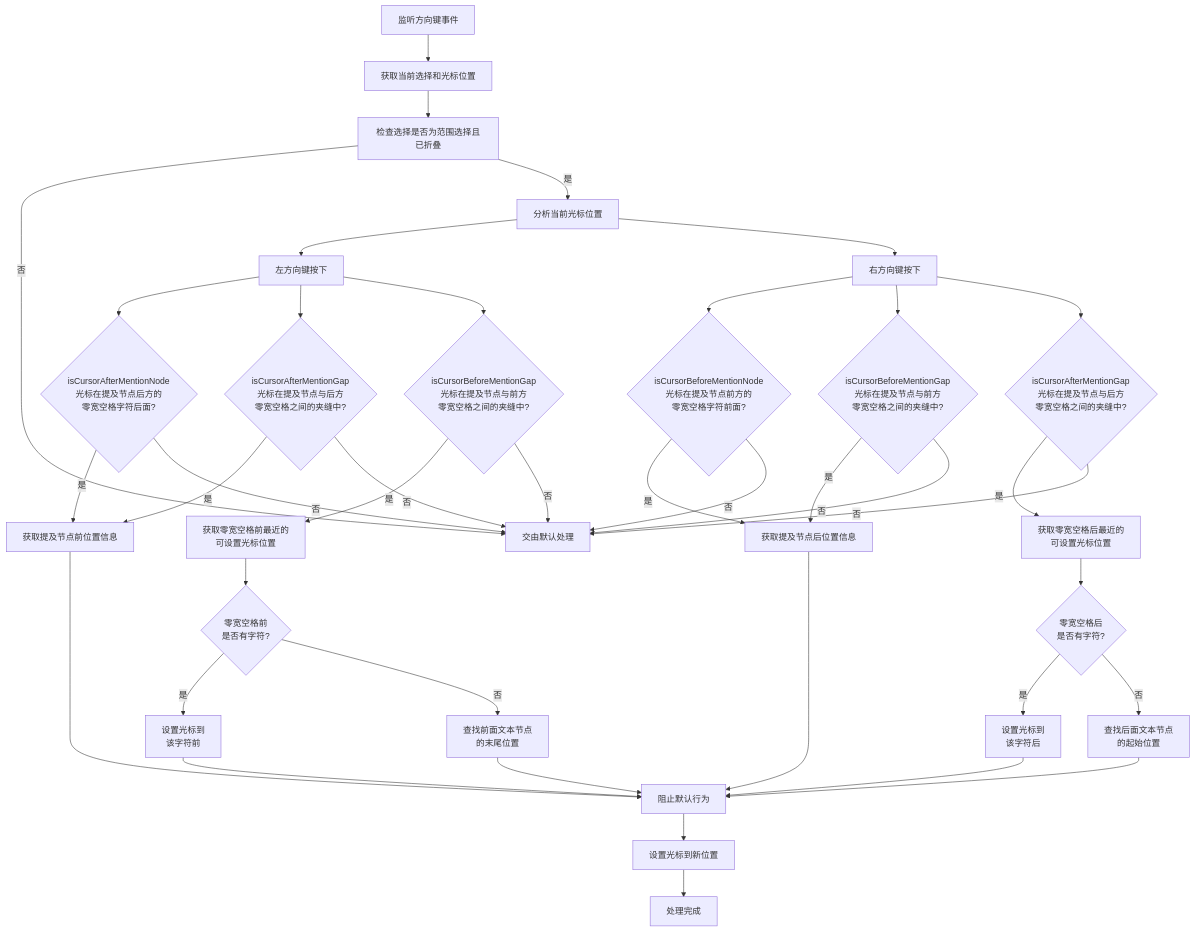
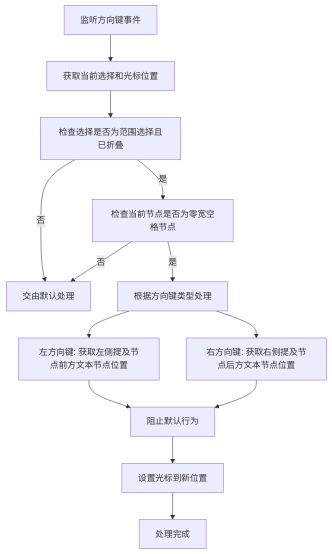
Before and after one commit to guixin-ai/guixin: the second of 2 diagrams in apps/client/src/components/chat-input/plugins/mention-navigation.plugin.md, drawn with Mermaid. The commit also changed other lines of this file and 2 other files, not shown here.

````diff
--- a/apps/client/src/components/chat-input/plugins/mention-navigation.plugin.md
+++ b/apps/client/src/components/chat-input/plugins/mention-navigation.plugin.md
@@ -42,56 +61,19 @@
 ```mermaid
 flowchart TD
     A[监听方向键事件] --> B[获取当前选择和光标位置]
     B --> C[检查选择是否为范围选择且已折叠]
     C -->|否| D[交由默认处理]
-    C -->|是| E[分析当前光标位置]
+    C -->|是| E[检查当前节点是否为零宽空格节点]
     
-    %% 根据方向键分为两个主要分支
-    E --> L[左方向键按下]
-    E --> R[右方向键按下]
+    E -->|否| D
+    E -->|是| F[根据方向键类型处理]
     
-    %% 左方向键处理
-    L --> F2{isCursorAfterMentionNode\n光标在提及节点后方的\n零宽空格字符后面?}
-    L --> F4{isCursorAfterMentionGap\n光标在提及节点与后方\n零宽空格之间的夹缝中?}
-    L --> FB{isCursorBeforeMentionGap\n光标在提及节点与前方\n零宽空格之间的夹缝中?}
+    F --> G1[左方向键: 获取左侧提及节点前方文本节点位置]
+    F --> G2[右方向键: 获取右侧提及节点后方文本节点位置]
     
-    F2 -->|是| G2[获取提及节点前位置信息]
-    F4 -->|是| G2
-    FB -->|是| GB[获取零宽空格前最近的\n可设置光标位置]
-    
-    GB --> GB1{零宽空格前\n是否有字符?}
-    GB1 -->|是| GB2[设置光标到\n该字符前]
-    GB1 -->|否| GB3[查找前面文本节点\n的末尾位置]
-    
-    F2 -->|否| D
-    F4 -->|否| D
-    FB -->|否| D
-    
-    %% 右方向键处理
-    R --> F1{isCursorBeforeMentionNode\n光标在提及节点前方的\n零宽空格字符前面?}
-    R --> F3{isCursorBeforeMentionGap\n光标在提及节点与前方\n零宽空格之间的夹缝中?}
-    R --> FA{isCursorAfterMentionGap\n光标在提及节点与后方\n零宽空格之间的夹缝中?}
-    
-    F1 -->|是| G1[获取提及节点后位置信息]
-    F3 -->|是| G1
-    FA -->|是| GA[获取零宽空格后最近的\n可设置光标位置]
-    
-    GA --> GA1{零宽空格后\n是否有字符?}
-    GA1 -->|是| GA2[设置光标到\n该字符后]
-    GA1 -->|否| GA3[查找后面文本节点\n的起始位置]
-    
-    F1 -->|否| D
-    F3 -->|否| D
-    FA -->|否| D
-    
-    %% 共同的后续处理
     G1 --> H[阻止默认行为]
     G2 --> H
-    GB2 --> H
-    GB3 --> H
-    GA2 --> H
-    GA3 --> H
     
     H --> I[设置光标到新位置]
     I --> J[处理完成]
 ```
````
